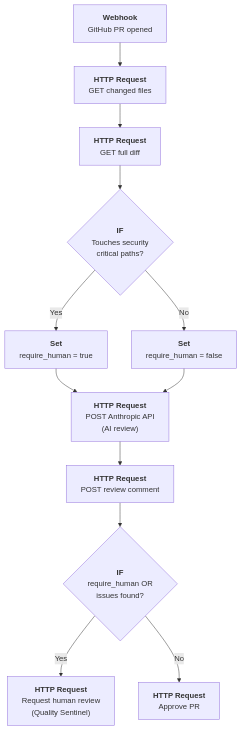
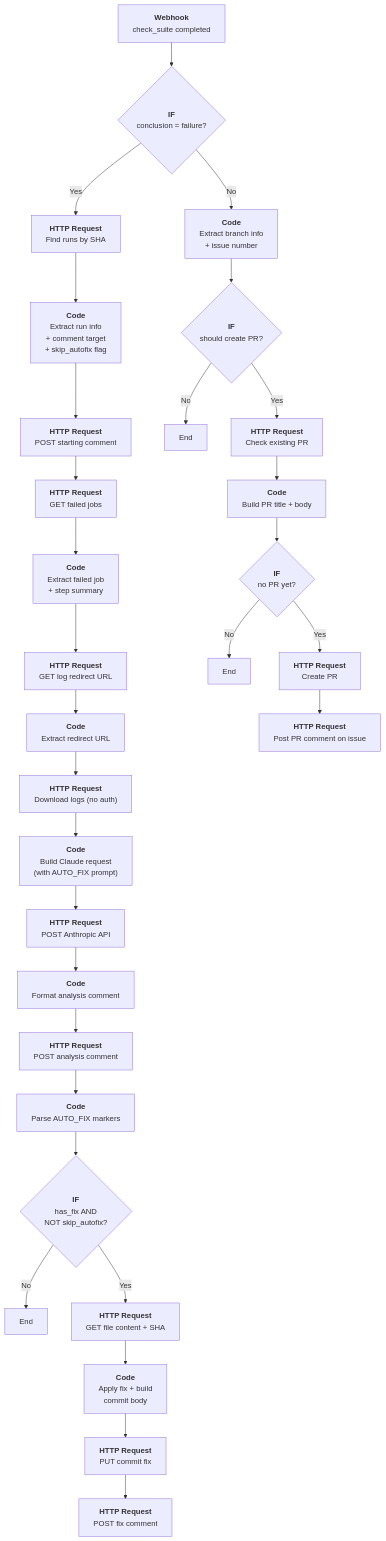
One commit to DevLLMOps/devllmops changed the third of 5 diagrams in docs/n8n-setup.md. Above: the diagram before and after it, drawn with Mermaid. The commit also changed other lines of this file and 15 other files, not shown here.

````diff
--- a/docs/n8n-setup.md
+++ b/docs/n8n-setup.md
@@ -73,29 +277,67 @@
 ```mermaid
 flowchart TD
     A["`**Webhook**
-    GitHub PR opened`"] --> B["`**HTTP Request**
-    GET changed files`"]
-    B --> C["`**HTTP Request**
-    GET full diff`"]
-    C --> D{"`**IF**
-    Touches security
-    critical paths?`"}
-    D -- Yes --> E1["`**Set**
-    require_human = true`"]
-    D -- No --> E2["`**Set**
-    require_human = false`"]
-    E1 --> F["`**HTTP Request**
-    POST Anthropic API
-    (AI review)`"]
-    E2 --> F
-    F --> G["`**HTTP Request**
-    POST review comment`"]
-    G --> H{"`**IF**
-    require_human OR
-    issues found?`"}
-    H -- Yes --> I["`**HTTP Request**
-    Request human review
-    (Quality Sentinel)`"]
-    H -- No --> J["`**HTTP Request**
-    Approve PR`"]
+    check_suite completed`"] --> B{"`**IF**
+    conclusion = failure?`"}
+    B -- Yes --> C["`**HTTP Request**
+    Find runs by SHA`"]
+    C --> D["`**Code**
+    Extract run info
+    + comment target
+    + skip_autofix flag`"]
+    D --> E["`**HTTP Request**
+    POST starting comment`"]
+    E --> F["`**HTTP Request**
+    GET failed jobs`"]
+    F --> G["`**Code**
+    Extract failed job
+    + step summary`"]
+    G --> H["`**HTTP Request**
+    GET log redirect URL`"]
+    H --> I["`**Code**
+    Extract redirect URL`"]
+    I --> J["`**HTTP Request**
+    Download logs (no auth)`"]
+    J --> K["`**Code**
+    Build Claude request
+    (with AUTO_FIX prompt)`"]
+    K --> L["`**HTTP Request**
+    POST Anthropic API`"]
+    L --> M["`**Code**
+    Format analysis comment`"]
+    M --> N["`**HTTP Request**
+    POST analysis comment`"]
+    N --> O["`**Code**
+    Parse AUTO_FIX markers`"]
+    O --> P{"`**IF**
+    has_fix AND
+    NOT skip_autofix?`"}
+    P -- No --> Z2[End]
+    P -- Yes --> Q["`**HTTP Request**
+    GET file content + SHA`"]
+    Q --> R["`**Code**
+    Apply fix + build
+    commit body`"]
+    R --> S["`**HTTP Request**
+    PUT commit fix`"]
+    S --> T["`**HTTP Request**
+    POST fix comment`"]
+
+    B -- No --> U["`**Code**
+    Extract branch info
+    + issue number`"]
+    U --> V{"`**IF**
+    should create PR?`"}
+    V -- No --> Z3[End]
+    V -- Yes --> W["`**HTTP Request**
+    Check existing PR`"]
+    W --> X["`**Code**
+    Build PR title + body`"]
+    X --> Y{"`**IF**
+    no PR yet?`"}
+    Y -- No --> Z4[End]
+    Y -- Yes --> AA["`**HTTP Request**
+    Create PR`"]
+    AA --> AB["`**HTTP Request**
+    Post PR comment on issue`"]
 ```
````
